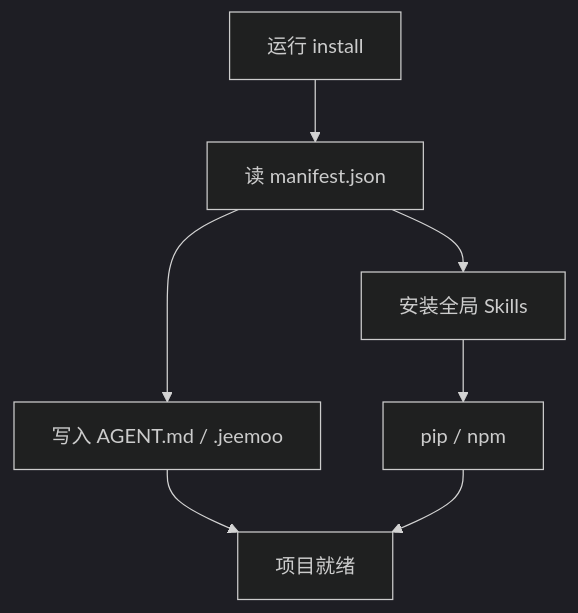
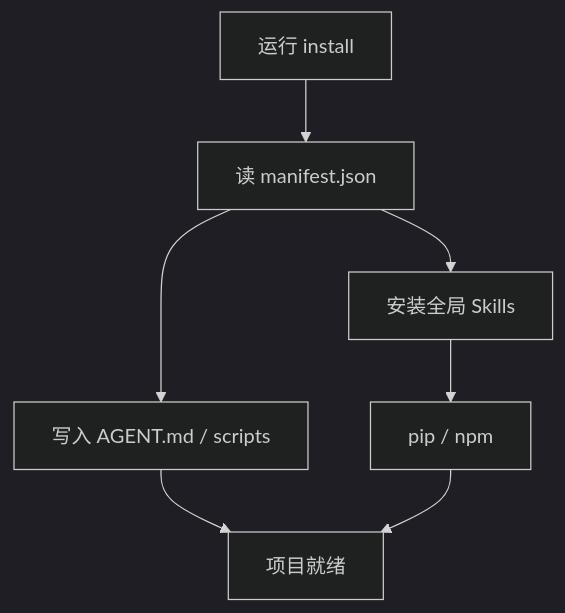
Before and after one commit to jeemoonet/jeemookit: the second of 3 diagrams in doc/README.md, drawn with Mermaid (dark theme). The commit also changed other lines of this file and 230 other files, not shown here.

````diff
--- a/doc/README.md
+++ b/doc/README.md
@@ -78,9 +78,9 @@
 ```mermaid
 flowchart TB
     A[运行 install] --> B[读 manifest.json]
     B --> C[安装全局 Skills]
-    B --> D[写入 AGENT.md / .jeemoo]
+    B --> D[写入 AGENT.md / scripts]
     C --> E[pip / npm]
     D --> F[项目就绪]
     E --> F
 ```
````
